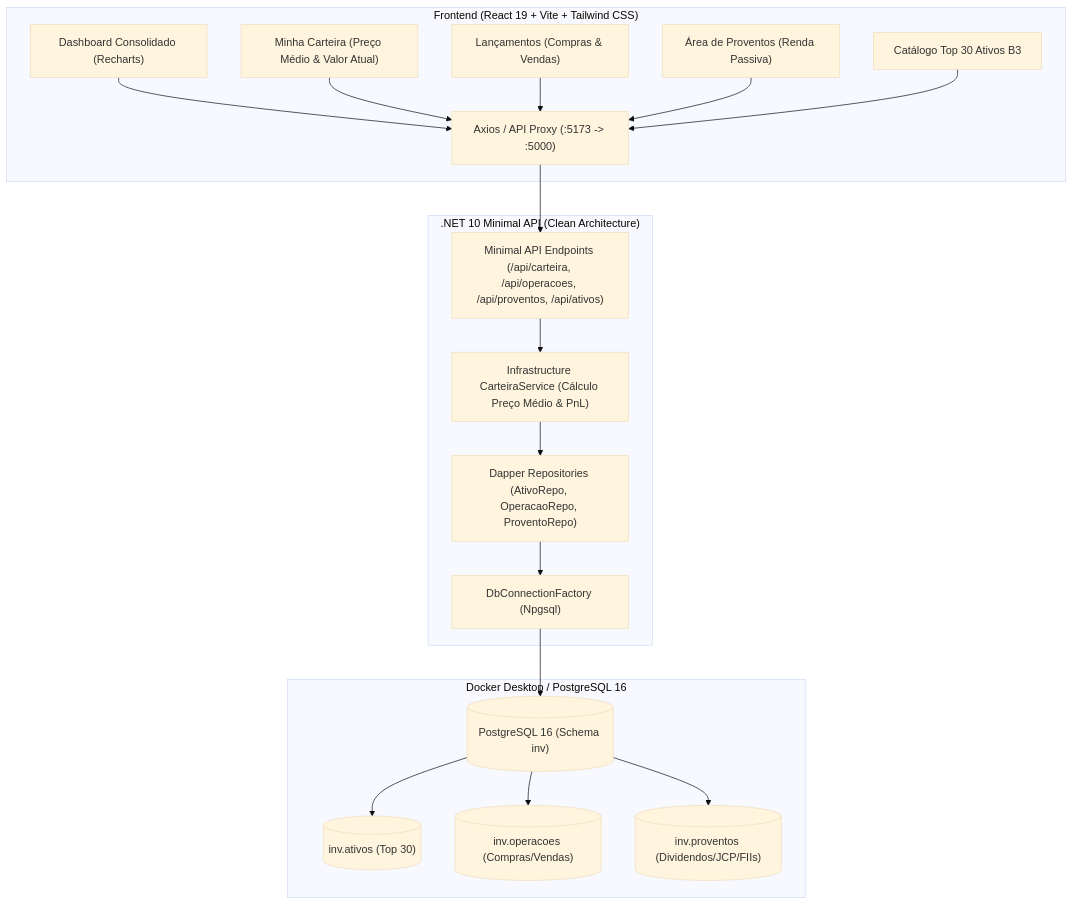
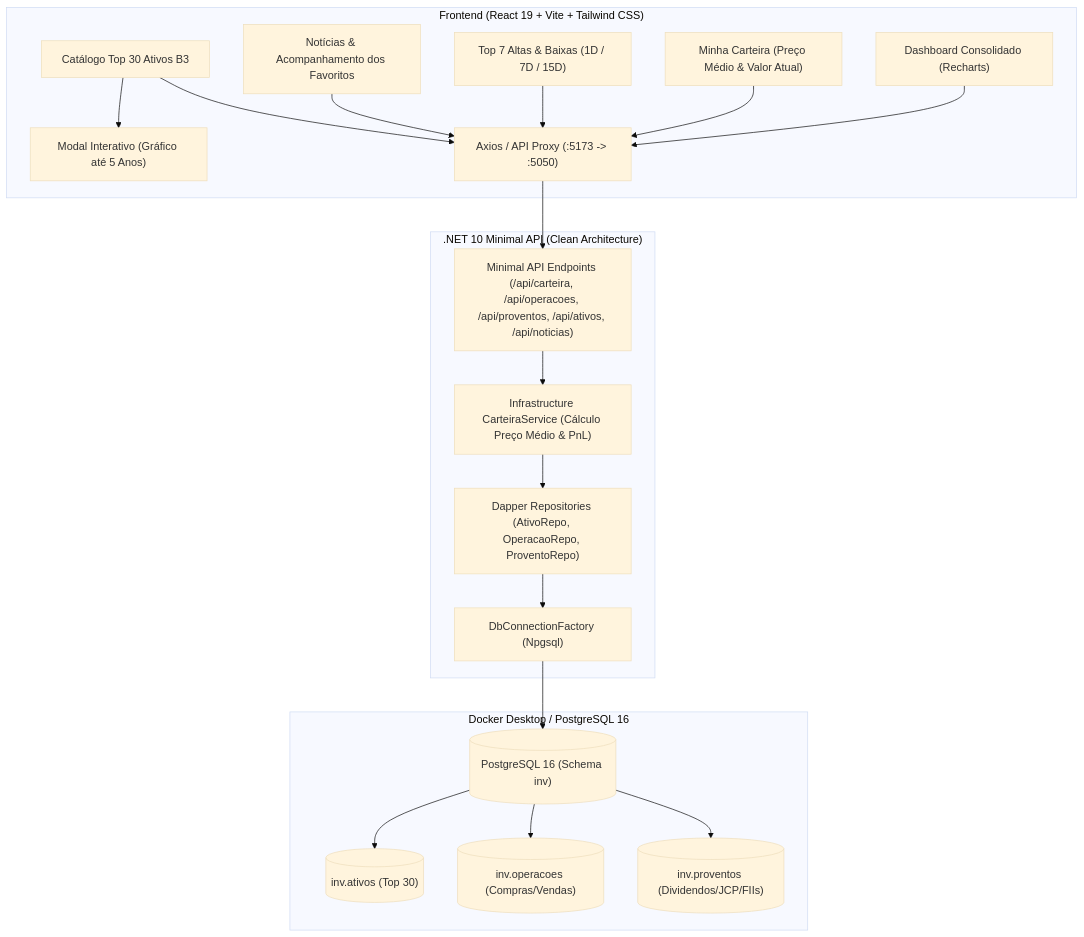
Before and after one commit to ric3bas/investir-go: the diagram in README.md, drawn with Mermaid (base theme). The commit also changed other lines of this file and 23 other files, not shown here.

````diff
--- a/README.md
+++ b/README.md
@@ -31,39 +53,41 @@
 ```mermaid
 flowchart TD
     subgraph Frontend ["Frontend (React 19 + Vite + Tailwind CSS)"]
         DashboardUI["Dashboard Consolidado (Recharts)"]
         CarteiraUI["Minha Carteira (Preço Médio & Valor Atual)"]
-        OperacoesUI["Lançamentos (Compras & Vendas)"]
-        ProventosUI["Área de Proventos (Renda Passiva)"]
+        PerformanceUI["Top 7 Altas & Baixas (1D / 7D / 15D)"]
+        NoticiasUI["Notícias & Acompanhamento dos Favoritos"]
         MercadoUI["Catálogo Top 30 Ativos B3"]
-        ApiClient["Axios / API Proxy (:5173 -> :5000)"]
+        ModalDetalhes["Modal Interativo (Gráfico até 5 Anos)"]
+        ApiClient["Axios / API Proxy (:5173 -> :5050)"]
     end
 
     subgraph Backend [".NET 10 Minimal API (Clean Architecture)"]
-        Endpoints["Minimal API Endpoints (/api/carteira, /api/operacoes, /api/proventos, /api/ativos)"]
+        Endpoints["Minimal API Endpoints (/api/carteira, /api/operacoes, /api/proventos, /api/ativos, /api/noticias)"]
         CarteiraService["Infrastructure CarteiraService (Cálculo Preço Médio & PnL)"]
         Repositories["Dapper Repositories (AtivoRepo, OperacaoRepo, ProventoRepo)"]
         DbFactory["DbConnectionFactory (Npgsql)"]
     end
 
     subgraph Database ["Docker Desktop / PostgreSQL 16"]
         Postgres[("PostgreSQL 16 (Schema inv)")]
         TabelaAtivos[("inv.ativos (Top 30)")]
         TabelaOperacoes[("inv.operacoes (Compras/Vendas)")]
         TabelaProventos[("inv.proventos (Dividendos/JCP/FIIs)")]
     end
 
     DashboardUI --> ApiClient
     CarteiraUI --> ApiClient
-    OperacoesUI --> ApiClient
-    ProventosUI --> ApiClient
+    PerformanceUI --> ApiClient
+    NoticiasUI --> ApiClient
+    MercadoUI --> ModalDetalhes
     MercadoUI --> ApiClient
     ApiClient --> Endpoints
     Endpoints --> CarteiraService
     CarteiraService --> Repositories
     Repositories --> DbFactory
     DbFactory --> Postgres
     Postgres --> TabelaAtivos
     Postgres --> TabelaOperacoes
     Postgres --> TabelaProventos
 ```
````
